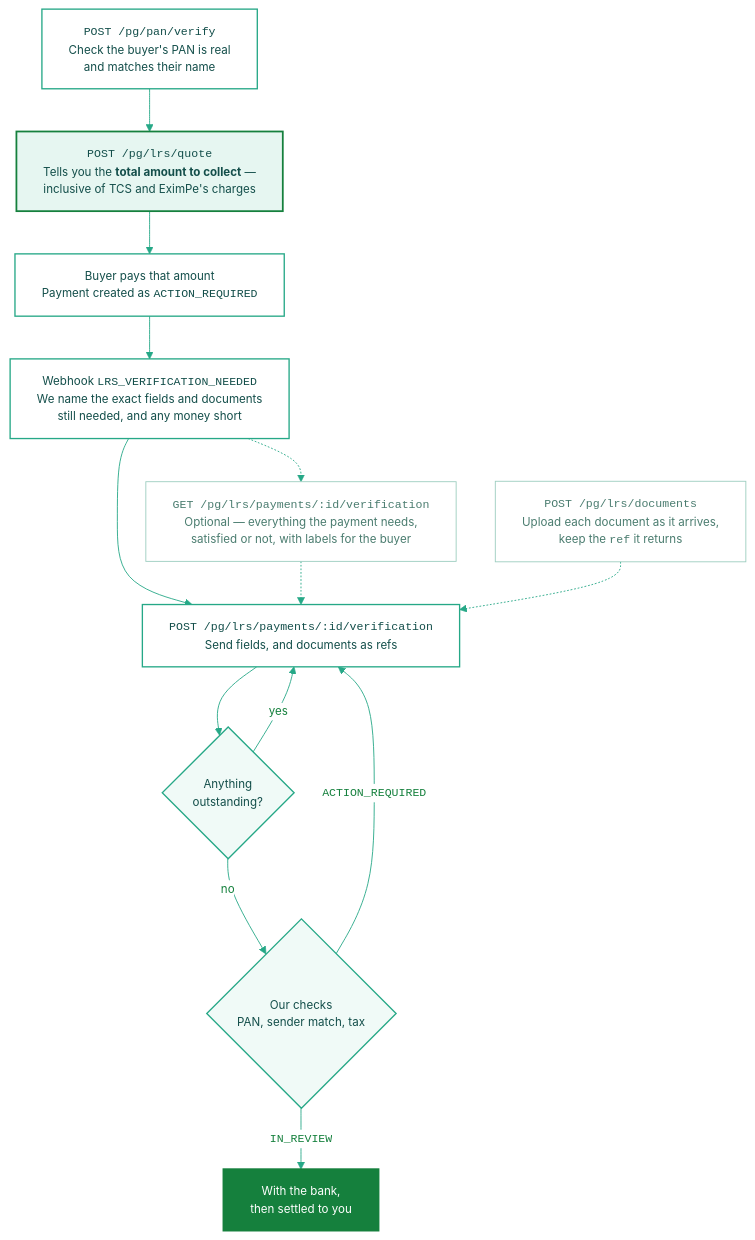
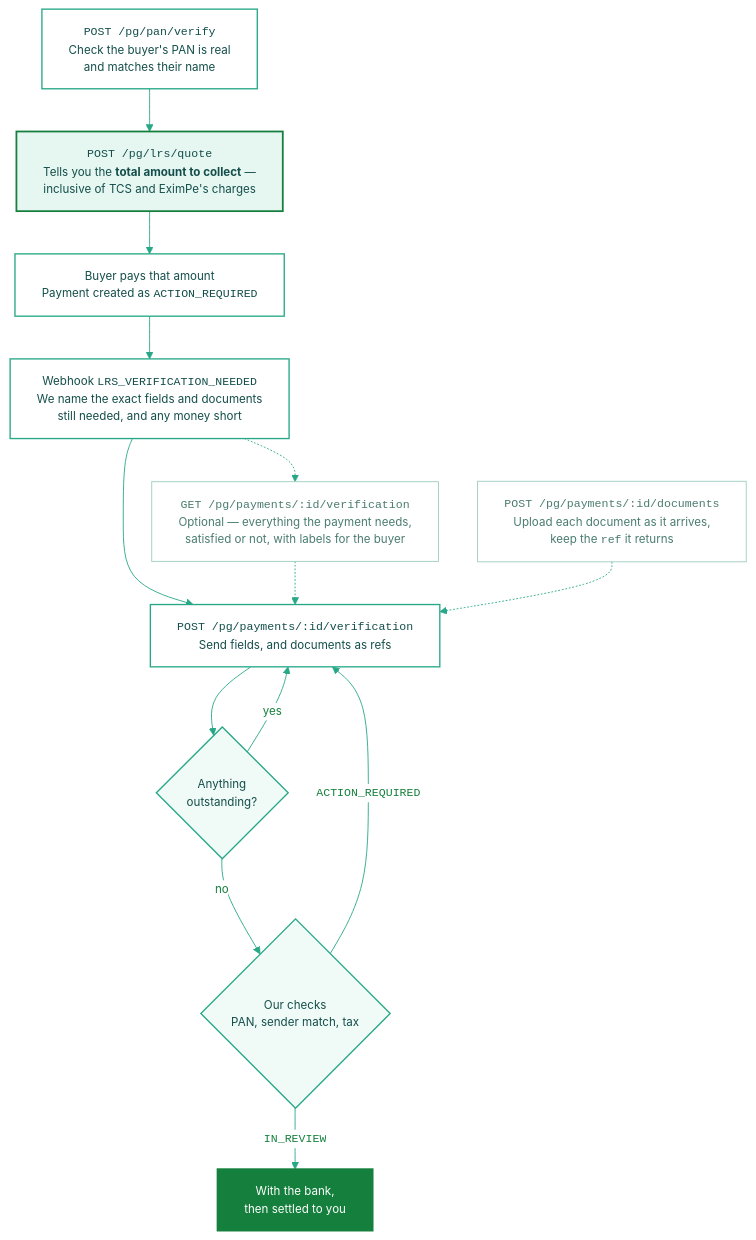
Before and after one commit to akhil-kumar-mg-mint/docs: the diagram in integration-guide/v3/web-integration/lrs-verification.mdx, drawn with Mermaid. The commit also changed other lines of this file and 5 other files, not shown here.

First line of the commit message:
docs(v3): correct the verification and document-upload paths

````diff
--- a/integration-guide/v3/web-integration/lrs-verification.mdx
+++ b/integration-guide/v3/web-integration/lrs-verification.mdx
@@ -20,49 +20,49 @@
 ```mermaid
 %%{init: {
   "theme": "base",
   "themeVariables": {
     "fontFamily": "ui-sans-serif, system-ui, -apple-system, sans-serif",
     "fontSize": "13px",
     "primaryColor": "#ffffff",
     "primaryTextColor": "#15803d",
     "primaryBorderColor": "#26a887",
     "lineColor": "#26a887",
     "tertiaryColor": "#ffffff",
     "edgeLabelBackground": "#ffffff"
   },
   "flowchart": { "curve": "basis", "htmlLabels": true, "wrappingWidth": 340, "nodeSpacing": 44, "rankSpacing": 48 }
 }}%%
 flowchart TD
     A["<code>POST /pg/pan/verify</code><br/>Check the buyer's PAN is real<br/>and matches their name"]
     B["<code>POST /pg/lrs/quote</code><br/>Tells you the <b>total amount to collect</b> —<br/>inclusive of TCS and EximPe's charges"]
     C["Buyer pays that amount<br/>Payment created as <code>ACTION_REQUIRED</code>"]
     D["Webhook <code>LRS_VERIFICATION_NEEDED</code><br/>We name the exact fields and documents<br/>still needed, and any money short"]
-    E["<code>POST /pg/lrs/payments/:id/verification</code><br/>Send fields, and documents as refs"]
+    E["<code>POST /pg/payments/:id/verification</code><br/>Send fields, and documents as refs"]
     F{"Anything<br/>outstanding?"}
     G{"Our checks<br/>PAN, sender match, tax"}
     H["With the bank,<br/>then settled to you"]
-    X["<code>GET /pg/lrs/payments/:id/verification</code><br/>Optional — everything the payment needs,<br/>satisfied or not, with labels for the buyer"]
-    U["<code>POST /pg/lrs/documents</code><br/>Upload each document as it arrives,<br/>keep the <code>ref</code> it returns"]
+    X["<code>GET /pg/payments/:id/verification</code><br/>Optional — everything the payment needs,<br/>satisfied or not, with labels for the buyer"]
+    U["<code>POST /pg/payments/:id/documents</code><br/>Upload each document as it arrives,<br/>keep the <code>ref</code> it returns"]
 
     A --> B --> C --> D --> E --> F
     F -- "yes" --> E
     F -- "no" --> G
     G -- "<code>ACTION_REQUIRED</code>" --> E
     G -- "<code>IN_REVIEW</code>" --> H
     D -.-> X
     X -.-> E
     U -.-> E
 
     classDef step fill:#ffffff,stroke:#26a887,stroke-width:1.5px,color:#134e4a
     classDef gate fill:#f0faf7,stroke:#26a887,stroke-width:1.5px,color:#134e4a
     classDef emphasis fill:#e6f6f1,stroke:#15803d,stroke-width:2px,color:#134e4a
     classDef done fill:#15803d,stroke:#15803d,stroke-width:2px,color:#ffffff
     classDef aside fill:#ffffff,stroke:#9ccdbf,stroke-width:1px,color:#4a7c6f
 
     class A,C,D,E step
     class B emphasis
     class F,G gate
     class H done
     class X,U aside
 
 ```
````
